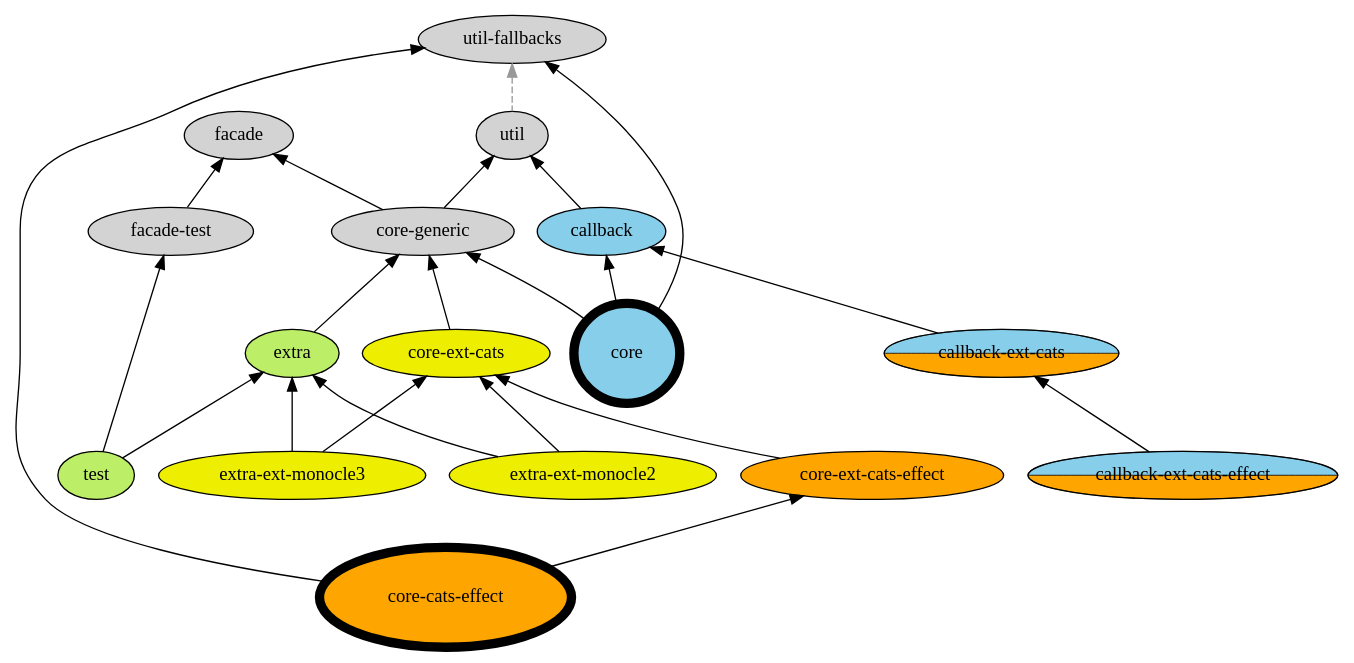
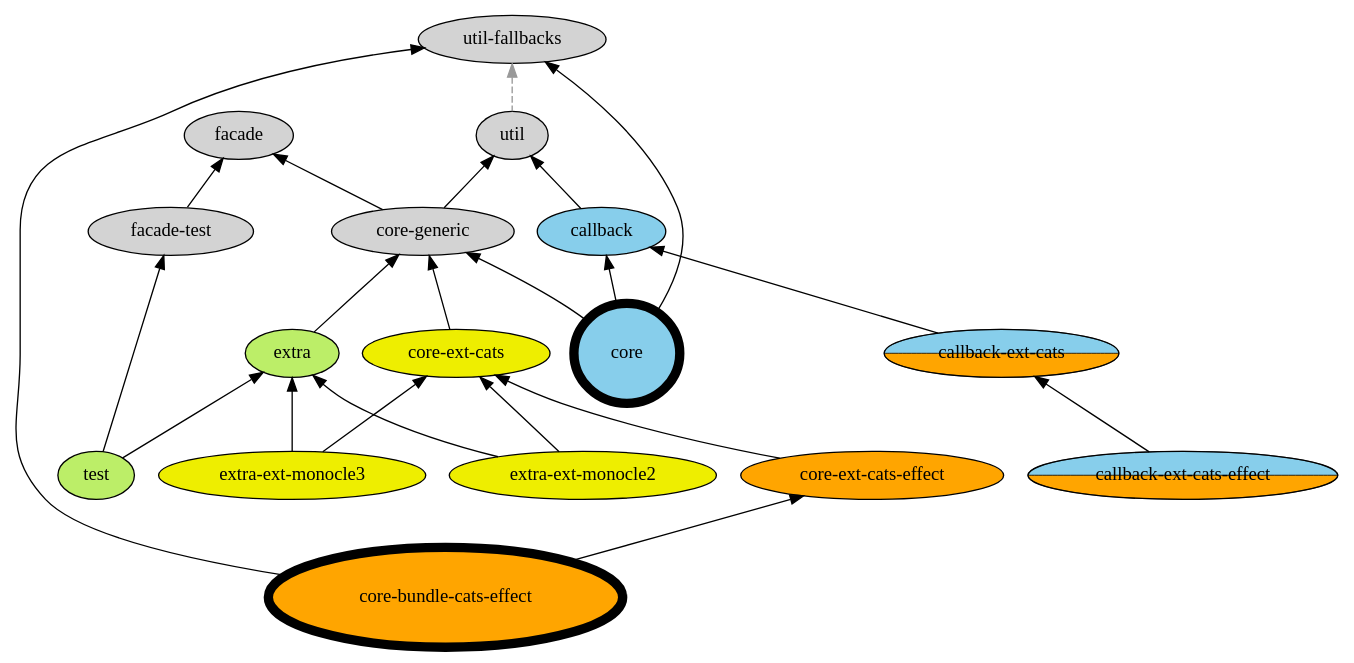
Before and after one commit to japgolly/scalajs-react: the diagram in doc/modules.gv, drawn with Graphviz. The commit also changed 3 other files, not shown here.

Commit message:
Rename artifact core-{ ⇒ bundle-}cats-effect

```diff
--- a/doc/modules.gv
+++ b/doc/modules.gv
@@ -1,44 +1,44 @@
 digraph G {
   edge[dir=back]
 
   node[style=filled] {
     utilFallbacks [label="util-fallbacks"]
     facadeTest [label="facade-test"]
     coreGeneric [label="core-generic"]
 
     node[fillcolor=darkolivegreen2]
     extra
     testUtil [label="test"]
 
     node[fillcolor=skyblue]
     callback
     core [style="bold,filled" penwidth=7 label=" \n core \n "]
 
     node[fillcolor=yellow2]
     cats [label="core-ext-cats"]
     monocle2 [label="extra-ext-monocle2"]
     monocle3 [label="extra-ext-monocle3"]
 
     node[fillcolor=orange]
     catsEffect [label="core-ext-cats-effect"]
-    coreCE [style="bold,filled" penwidth=7 label=" \n core-cats-effect \n "]
+    coreCE [style="bold,filled" penwidth=7 label=" \n core-bundle-cats-effect \n "]
 
     node[style="rounded,wedged" fillcolor="skyblue:orange"]
     catsC [label="callback-ext-cats"]
     catsEffectC [label="callback-ext-cats-effect"]
   }
 
   utilFallbacks -> util [style=dashed color="#999999"]
   util -> coreGeneric,callback
   facade -> facadeTest
   callback -> core
   facade -> coreGeneric -> core,extra
   extra,facadeTest -> testUtil
 
   coreGeneric -> cats -> catsEffect
   callback -> catsC
   catsC -> catsEffectC
   cats,extra -> monocle2,monocle3
   catsEffect -> coreCE
   utilFallbacks -> core,coreCE
 }
```
